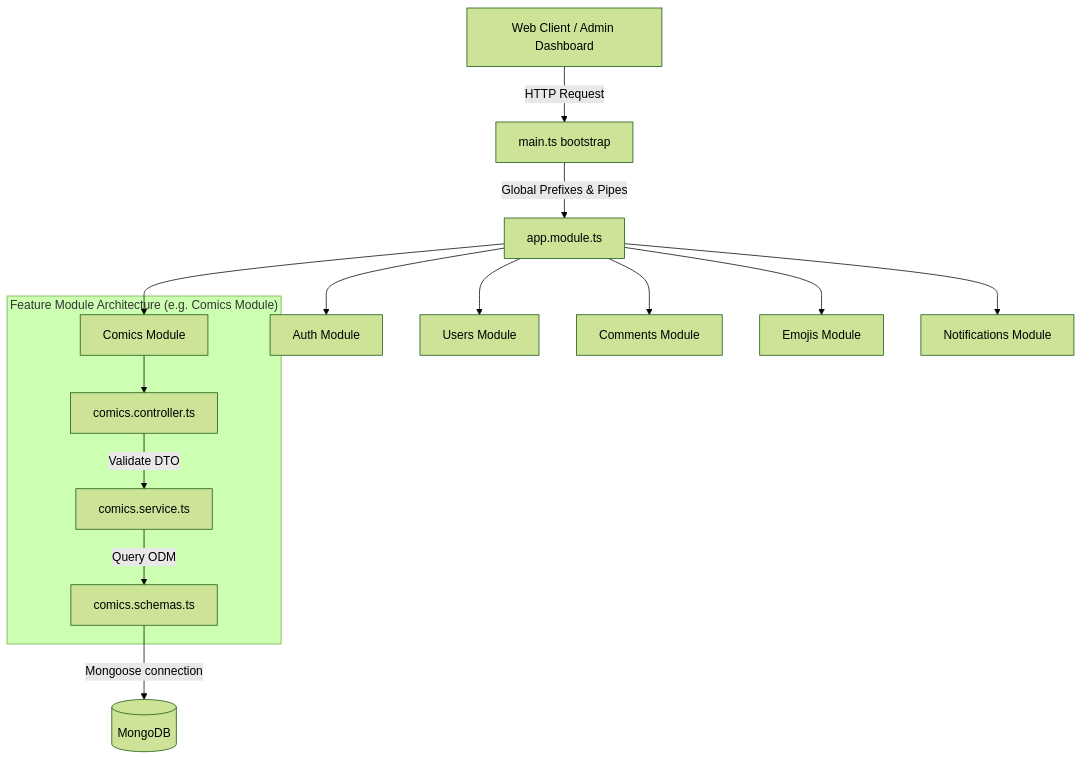
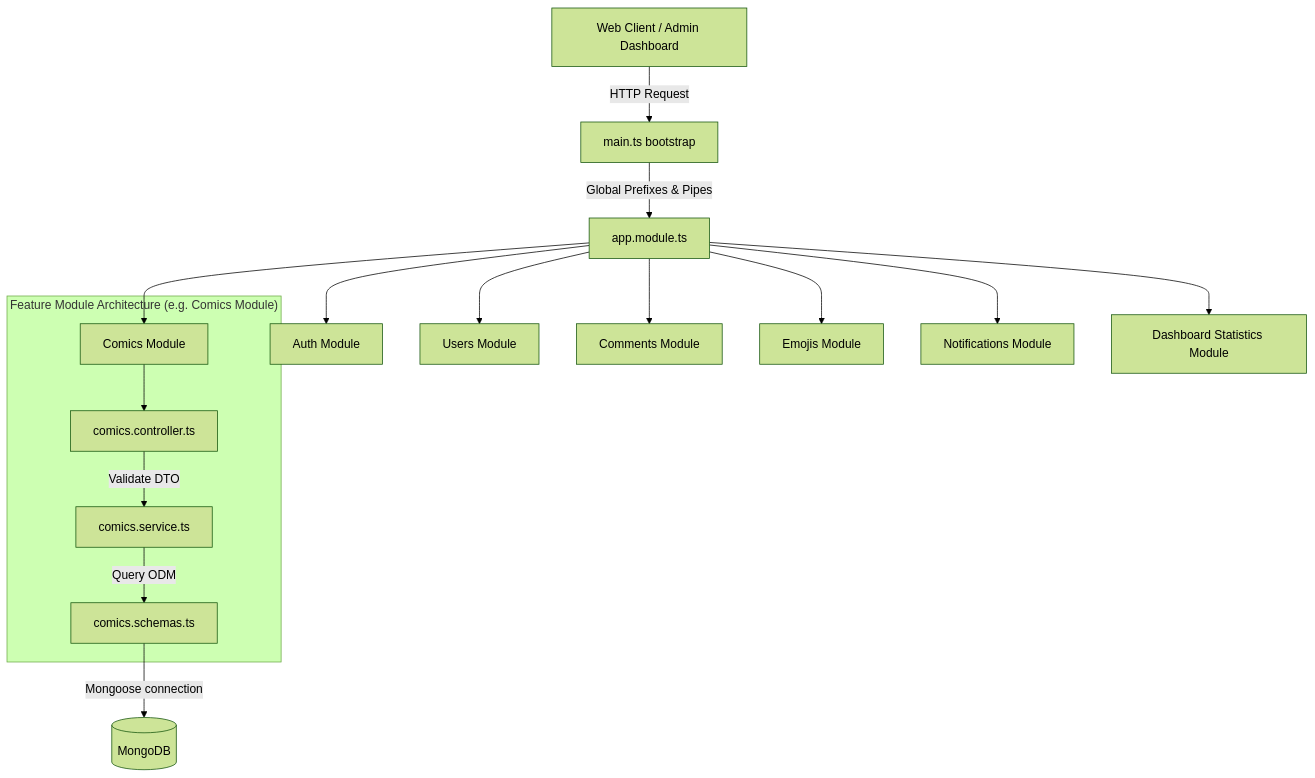
The diagram in docs/architecture.md (nguyentrongbut/ztruyen-be), drawn with Mermaid (forest theme) before and after one commit. The commit also changed 5 other files, not shown here.

Commit message:
docs(dashboard-statistics): ZTRUYEN-6 update documentation for admin dashboard statistics

````diff
--- a/docs/architecture.md
+++ b/docs/architecture.md
@@ -35,19 +35,20 @@
 ```mermaid
 graph TD
     Client[Web Client / Admin Dashboard] -->|HTTP Request| Main[main.ts bootstrap]
     Main -->|Global Prefixes & Pipes| App[app.module.ts]
     App --> Auth[Auth Module]
     App --> Users[Users Module]
     App --> Comics[Comics Module]
     App --> Comments[Comments Module]
     App --> Emojis[Emojis Module]
     App --> Notify[Notifications Module]
+    App --> Stats[Dashboard Statistics Module]
     
     subgraph "Feature Module Architecture (e.g. Comics Module)"
         Comics --> Controller[comics.controller.ts]
         Controller -->|Validate DTO| Service[comics.service.ts]
         Service -->|Query ODM| Schema[comics.schemas.ts]
     end
     
     Schema -->|Mongoose connection| DB[(MongoDB)]
 ```
````
